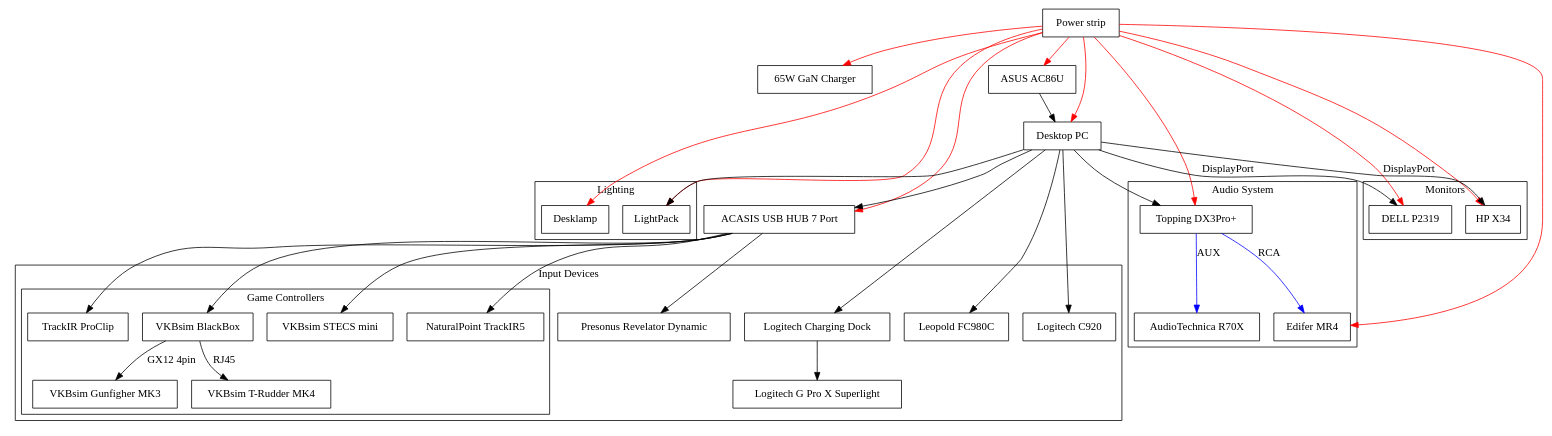
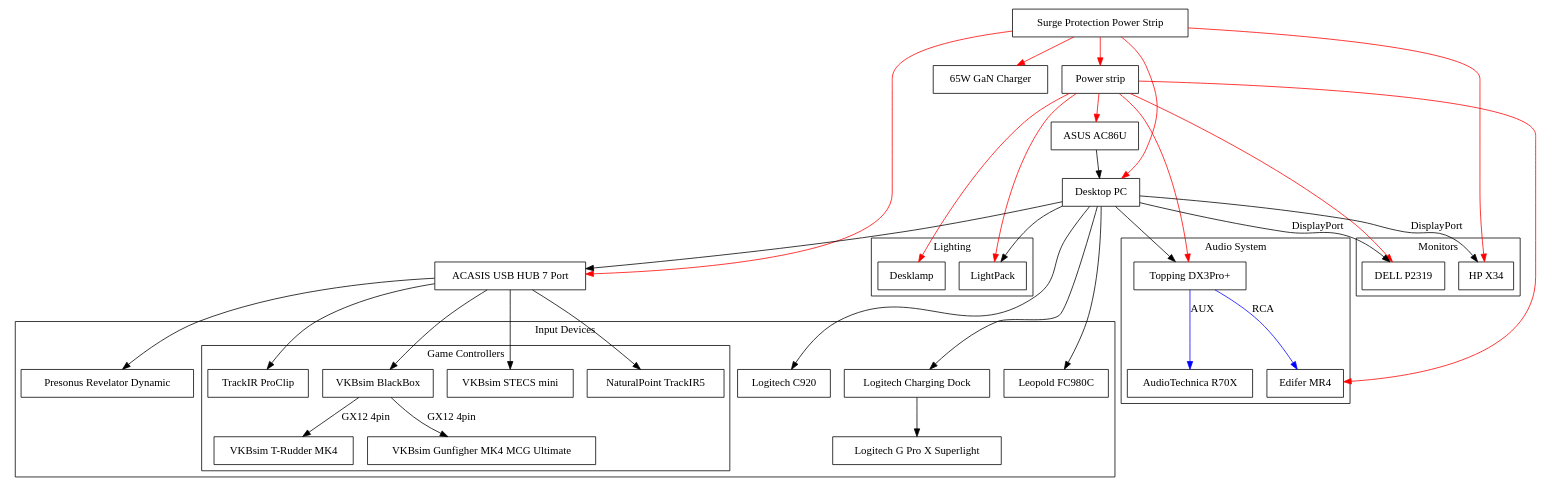
Before and after one commit to junghyun397/dotfiles: the diagram in .raws/desksetup.dot, drawn with Graphviz. The commit also changed 3 other files, not shown here.

```diff
--- a/.raws/desksetup.dot
+++ b/.raws/desksetup.dot
@@ -1,99 +1,102 @@
 digraph desksetup {
     node [shape=box];
     
+    emi_powerstrip [label="Surge Protection Power Strip"]
     powerstrip [label="Power strip"];
 
     charger [label="65W GaN Charger"];
 
     desktop_pc [label="Desktop PC"];
     router [label="ASUS AC86U"];
 
     subgraph cluster_lighting {
         label="Lighting";
 
         desklamp [label="Desklamp"];
         ambient_light [label="LightPack"];
     }
     
     subgraph cluster_monitors {
         label="Monitors";
 
         primary_monitor [label="HP X34"];
         secondary_monitor [label="DELL P2319"];
     }
 
     subgraph cluster_audio_system {
         label="Audio System";
 
         dac_amp [label="Topping DX3Pro+"];
         speakers [label="Edifer MR4"];
         dd_headphones [label="AudioTechnica R70X"];
 
         edge [color=blue]
         
         dac_amp -> speakers [color=blue label="RCA"];
         dac_amp -> dd_headphones [color=blue label="AUX"];
     }
 
     usb_hub [label="ACASIS USB HUB 7 Port"];
 
     subgraph cluster_input_devices {
         label="Input Devices";
 
         wireless_mouse [label="Logitech G Pro X Superlight"];
         keyboard [label="Leopold FC980C"];
         microphone [label="Presonus Revelator Dynamic"];
         webcam [label="Logitech C920"];
 
         mouse_charging_dock [label="Logitech Charging Dock"];
 
         subgraph cluster_game_controllers {
             label="Game Controllers";
 
             vkb_blackbox [label="VKBsim BlackBox"];
-            joystick [label="VKBsim Gunfigher MK3"];
+            joystick [label="VKBsim Gunfigher MK4 MCG Ultimate"];
             pedals [label="VKBsim T-Rudder MK4"];
             throttle [label="VKBsim STECS mini"];
             headtracker [label="NaturalPoint TrackIR5"];
             trackclip [label="TrackIR ProClip"];
 
             vkb_blackbox -> joystick [label="GX12 4pin"];
-            vkb_blackbox -> pedals [label="RJ45"];
+            vkb_blackbox -> pedals [label="GX12 4pin"];
         }
     }
     
     router -> desktop_pc;
     
     desktop_pc -> primary_monitor [label="DisplayPort"];
     desktop_pc -> secondary_monitor [label="DisplayPort"];
     desktop_pc -> dac_amp;
 
     desktop_pc -> usb_hub;
 
     desktop_pc -> keyboard;
     desktop_pc -> mouse_charging_dock;
     desktop_pc -> webcam;
 
     desktop_pc -> ambient_light;
 
     usb_hub -> vkb_blackbox;
     usb_hub -> throttle;
     usb_hub -> headtracker;
     usb_hub -> trackclip;
     usb_hub -> microphone;
 
     mouse_charging_dock -> wireless_mouse;
    
     edge [color=red]
+
+    emi_powerstrip -> desktop_pc;
+    emi_powerstrip -> primary_monitor;
+    emi_powerstrip -> charger;
+    emi_powerstrip -> usb_hub;
+    emi_powerstrip -> powerstrip;
     
-    powerstrip -> desktop_pc;
     powerstrip -> router;
-    powerstrip -> charger;
-    powerstrip -> primary_monitor;
     powerstrip -> secondary_monitor;
-    powerstrip -> usb_hub;
     powerstrip -> dac_amp;
     powerstrip -> speakers;
     powerstrip -> desklamp;
     powerstrip -> ambient_light;
 }
```
